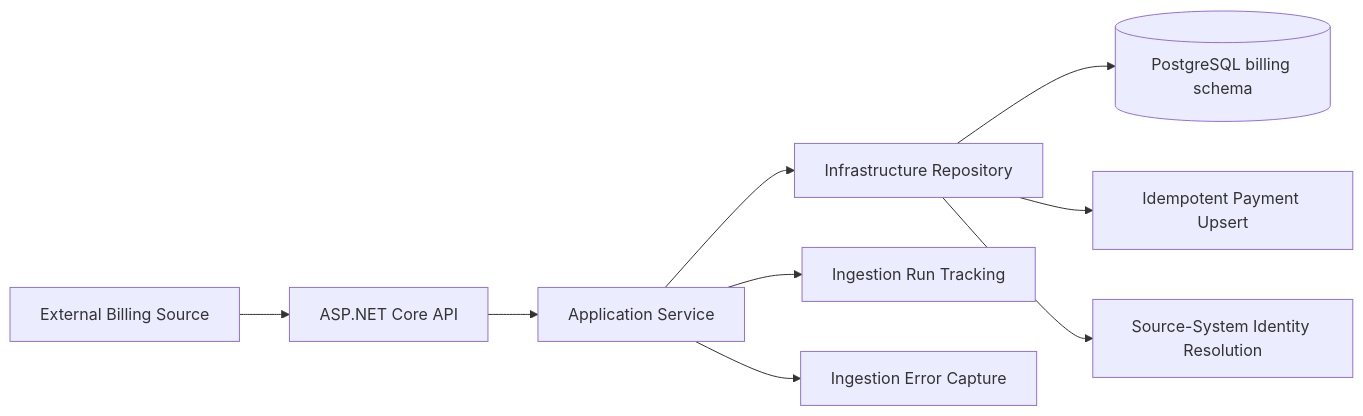
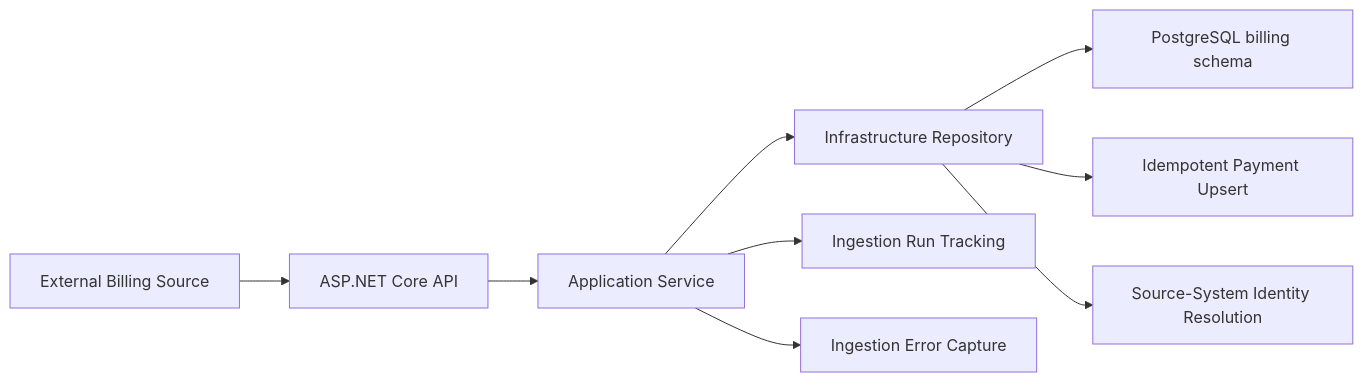
Before and after one commit to ericdaviddev/billingtracker: the diagram in readme.md, drawn with Mermaid.

Commit message:
documentation update

````diff
--- a/readme.md
+++ b/readme.md
@@ -33,12 +33,12 @@
 ```mermaid
 flowchart LR
-    Source[External Billing Source] --> API[ASP.NET Core API]
-    API --> App[Application Service]
-    App --> Repo[Infrastructure Repository]
-    Repo --> DB[(PostgreSQL billing schema)]
+    Source["External Billing Source"] --> API["ASP.NET Core API"]
+    API --> App["Application Service"]
+    App --> Repo["Infrastructure Repository"]
+    Repo --> DB["PostgreSQL billing schema"]
 
-    App --> Run[Ingestion Run Tracking]
-    App --> Errors[Ingestion Error Capture]
-    Repo --> Payments[Idempotent Payment Upsert]
-    Repo --> Identity[Source-System Identity Resolution]
+    App --> RunTracking["Ingestion Run Tracking"]
+    App --> ErrorCapture["Ingestion Error Capture"]
+    Repo --> PaymentUpsert["Idempotent Payment Upsert"]
+    Repo --> IdentityResolution["Source-System Identity Resolution"]
 ```
````
